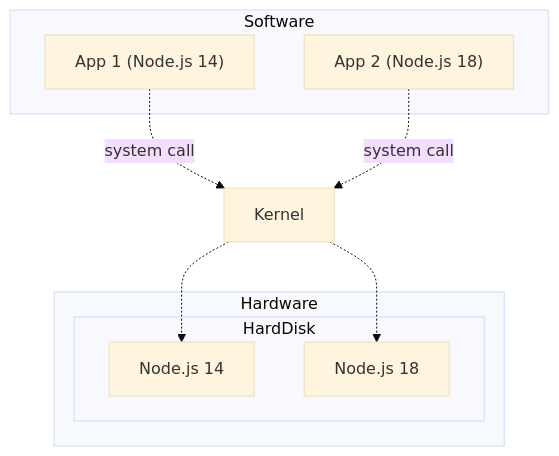
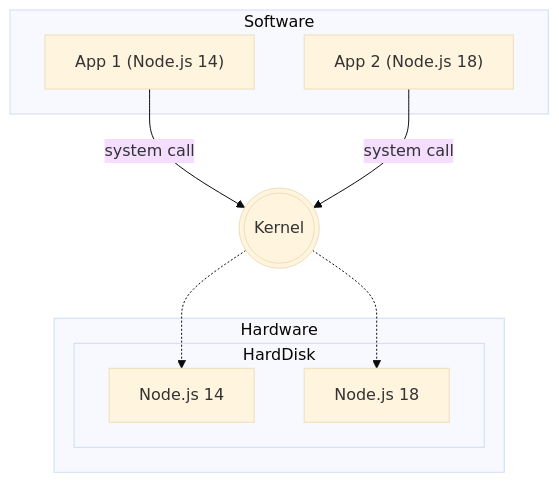
Before and after one commit to ChiuWeiChung/notes-markdown: the sixth of 8 diagrams in Docker/1-why_use_docker.md, drawn with Mermaid (base theme). The commit also changed other lines of this file and 43 other files, not shown here.

````diff
--- a/Docker/1-why_use_docker.md
+++ b/Docker/1-why_use_docker.md
@@ -232,20 +231,22 @@
 ```mermaid
 flowchart TD
     subgraph Software
-      sp["App 1 (Node.js 14)"]
-      ap["App 2 (Node.js 18)"]
-    end
-    
-    subgraph Hardware
-      subgraph HardDisk
-      node14["Node.js 14"]
-      node18["Node.js 18"]
-      end
+        sp["App 1 (Node.js 14)"]
+        ap["App 2 (Node.js 18)"]
     end
 
-    sp-.system call.->Kernel
-    ap-.system call.->Kernel
-    
-    Kernel-.->node14
-    Kernel-.->node18
+    subgraph Hardware
+        subgraph HardDisk
+            node14["Node.js 14"]
+            node18["Node.js 18"]
+        end
+    end
+
+    Kernel(((Kernel)))
+
+    sp -->|system call| Kernel
+    ap -->|system call| Kernel
+
+    Kernel -.-> node14
+    Kernel -.-> node18
 ```
````
